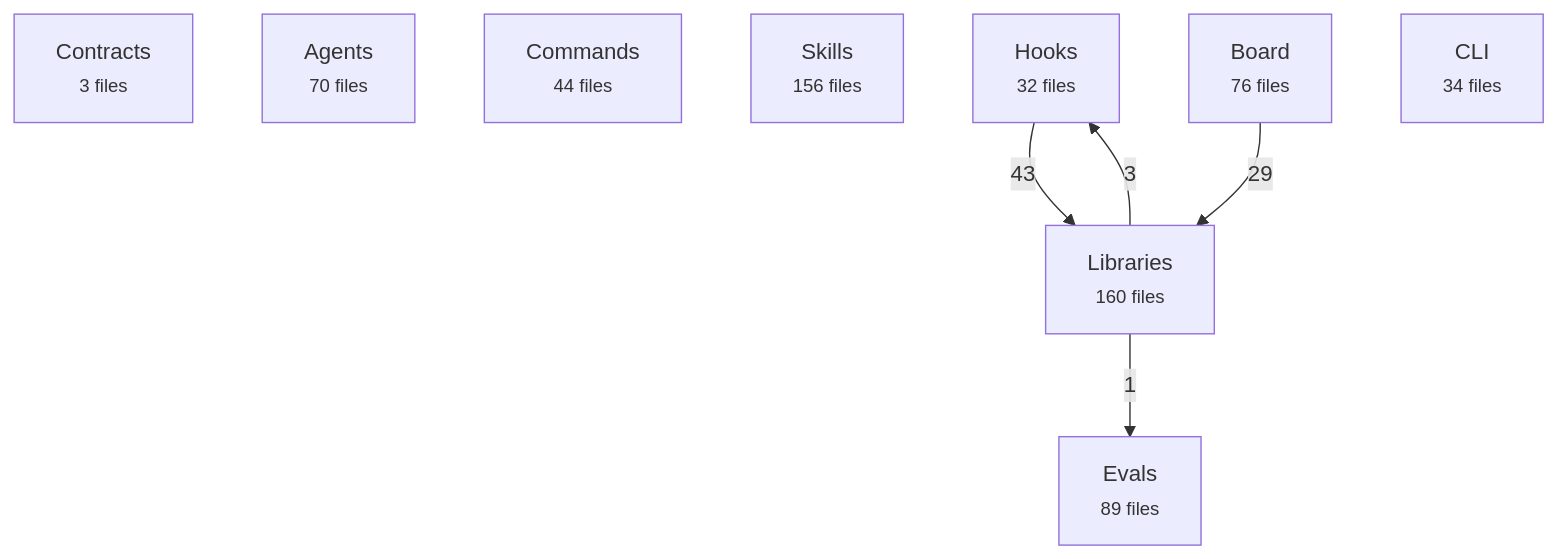
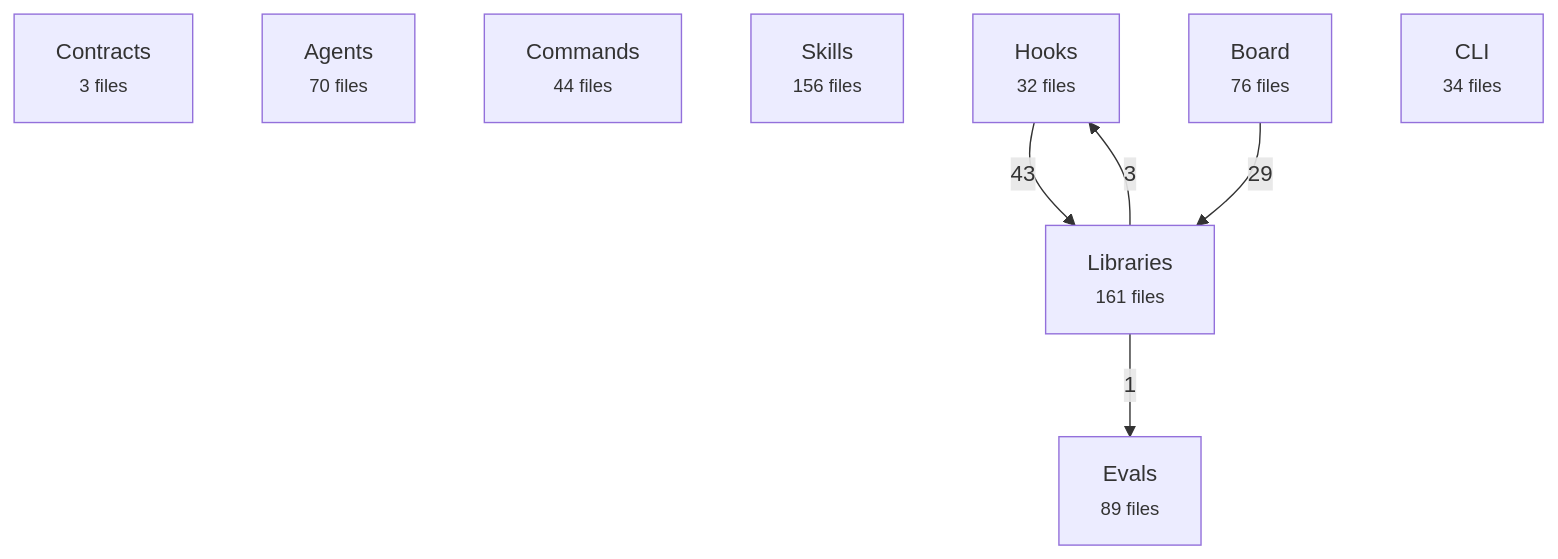
One commit to avelikiy/great_cto changed the first of 2 diagrams in docs/reference/architecture-map.md. Above: the diagram before and after it, drawn with Mermaid. The commit also changed other lines of this file and 3 other files, not shown here.

````diff
--- a/docs/reference/architecture-map.md
+++ b/docs/reference/architecture-map.md
@@ -20,16 +20,16 @@
 ```mermaid
 flowchart TD
   contracts["Contracts<br/><small>3 files</small>"]
   agents["Agents<br/><small>70 files</small>"]
   commands["Commands<br/><small>44 files</small>"]
   skills["Skills<br/><small>156 files</small>"]
   hooks["Hooks<br/><small>32 files</small>"]
-  libs["Libraries<br/><small>160 files</small>"]
+  libs["Libraries<br/><small>161 files</small>"]
   board["Board<br/><small>76 files</small>"]
   cli["CLI<br/><small>34 files</small>"]
   evals["Evals<br/><small>89 files</small>"]
   hooks -->|43| libs
   board -->|29| libs
   libs -->|3| hooks
   libs -->|1| evals
 ```
````
